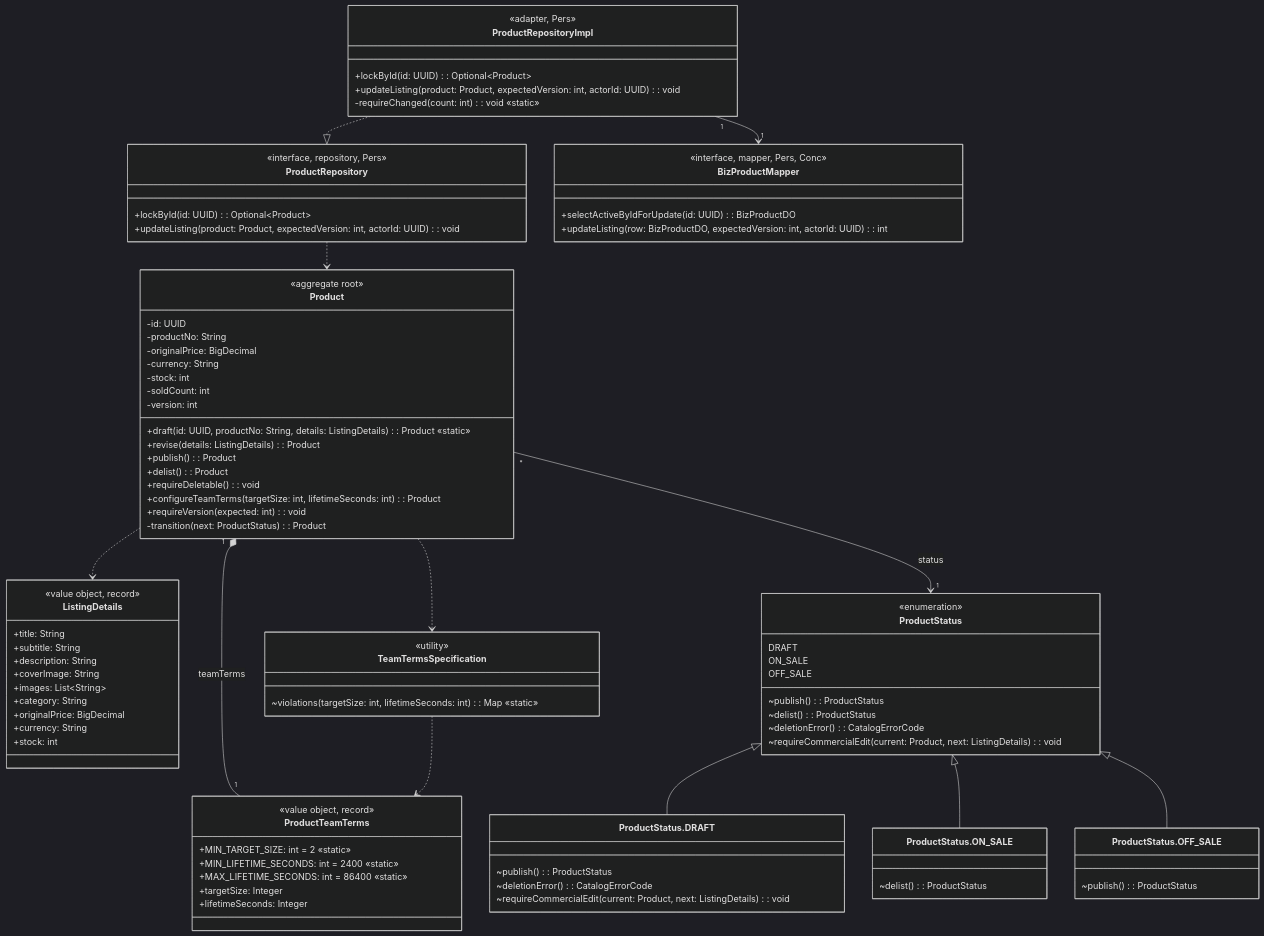
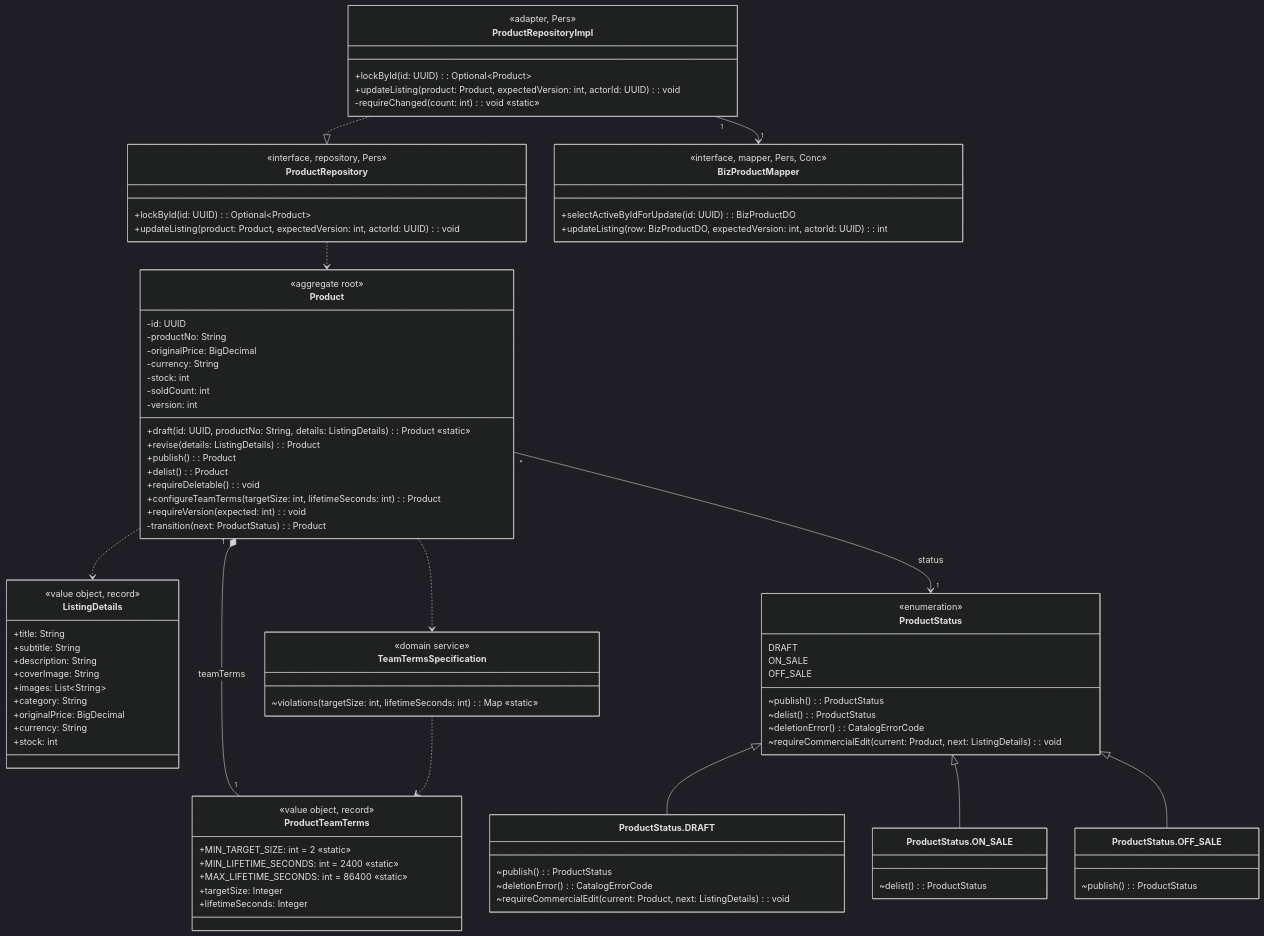
One commit to PPsyrius/iss-groupbuy-team8 changed the diagram in docs/swe5001/report/diagrams/appendix-a/src/a-uc09-dc-product.mmd. Above: the diagram before and after it, drawn with Mermaid (dark theme). The commit also changed 221 other files, not shown here.

```diff
--- a/docs/swe5001/report/diagrams/appendix-a/src/a-uc09-dc-product.mmd
+++ b/docs/swe5001/report/diagrams/appendix-a/src/a-uc09-dc-product.mmd
@@ -1,103 +1,103 @@
 %% frame: UC9 design, slice 3: the Product aggregate, its State and the persistence chain (commerce-svc)
 classDiagram
     class ProductRepository {
         <<interface, repository, Pers>>
         +lockById(id: UUID): Optional~Product~
         +updateListing(product: Product, expectedVersion: int, actorId: UUID): void
     }
     class ListingDetails {
         <<value object, record>>
         +title: String
         +subtitle: String
         +description: String
         +coverImage: String
         +images: List~String~
         +category: String
         +originalPrice: BigDecimal
         +currency: String
         +stock: int
     }
     class ProductTeamTerms {
         <<value object, record>>
         +MIN_TARGET_SIZE: int = 2 «static»
         +MIN_LIFETIME_SECONDS: int = 2400 «static»
         +MAX_LIFETIME_SECONDS: int = 86400 «static»
         +targetSize: Integer
         +lifetimeSeconds: Integer
     }
     class Product {
         <<aggregate root>>
         -id: UUID
         -productNo: String
         -originalPrice: BigDecimal
         -currency: String
         -stock: int
         -soldCount: int
         -version: int
         +draft(id: UUID, productNo: String, details: ListingDetails): Product «static»
         +revise(details: ListingDetails): Product
         +publish(): Product
         +delist(): Product
         +requireDeletable(): void
         +configureTeamTerms(targetSize: int, lifetimeSeconds: int): Product
         +requireVersion(expected: int): void
         -transition(next: ProductStatus): Product
     }
     class TeamTermsSpecification {
-        <<utility>>
+        <<domain service>>
         ~violations(targetSize: int, lifetimeSeconds: int): Map<String, Object> «static»
     }
     class ProductRepositoryImpl {
         <<adapter, Pers>>
         +lockById(id: UUID): Optional~Product~
         +updateListing(product: Product, expectedVersion: int, actorId: UUID): void
         -requireChanged(count: int): void «static»
     }
     class ProductStatus {
         <<enumeration>>
         DRAFT
         ON_SALE
         OFF_SALE
         ~publish(): ProductStatus
         ~delist(): ProductStatus
         ~deletionError(): CatalogErrorCode
         ~requireCommercialEdit(current: Product, next: ListingDetails): void
     }
     class ProductStatusOFFSALE["ProductStatus.OFF_SALE"] {
         ~publish(): ProductStatus
     }
     class BizProductMapper {
         <<interface, mapper, Pers, Conc>>
         +selectActiveByIdForUpdate(id: UUID): BizProductDO
         +updateListing(row: BizProductDO, expectedVersion: int, actorId: UUID): int
     }
     class ProductStatusDRAFT["ProductStatus.DRAFT"] {
         ~publish(): ProductStatus
         ~deletionError(): CatalogErrorCode
         ~requireCommercialEdit(current: Product, next: ListingDetails): void
     }
     class ProductStatusONSALE["ProductStatus.ON_SALE"] {
         ~delist(): ProductStatus
     }
 %% at ListingDetails 1,0
 %% at ProductTeamTerms 2,0
 %% at ProductRepository 0,1
 %% at Product 1,1
 %% at TeamTermsSpecification 2,1
 %% at ProductRepositoryImpl 0,2
 %% at ProductStatus 1,2
 %% at ProductStatusOFFSALE 2,2
 %% at BizProductMapper 0,3
 %% at ProductStatusDRAFT 1,3
 %% at ProductStatusONSALE 2,3
     ProductRepository ..> Product
     Product ..> ListingDetails
     Product "1" *-- "1" ProductTeamTerms : teamTerms
     Product ..> TeamTermsSpecification
     TeamTermsSpecification ..> ProductTeamTerms
     Product "*" --> "1" ProductStatus : status
     ProductRepositoryImpl ..|> ProductRepository
     ProductRepositoryImpl "1" --> "1" BizProductMapper
     ProductStatus <|-- ProductStatusDRAFT
     ProductStatus <|-- ProductStatusONSALE
     ProductStatus <|-- ProductStatusOFFSALE
```
